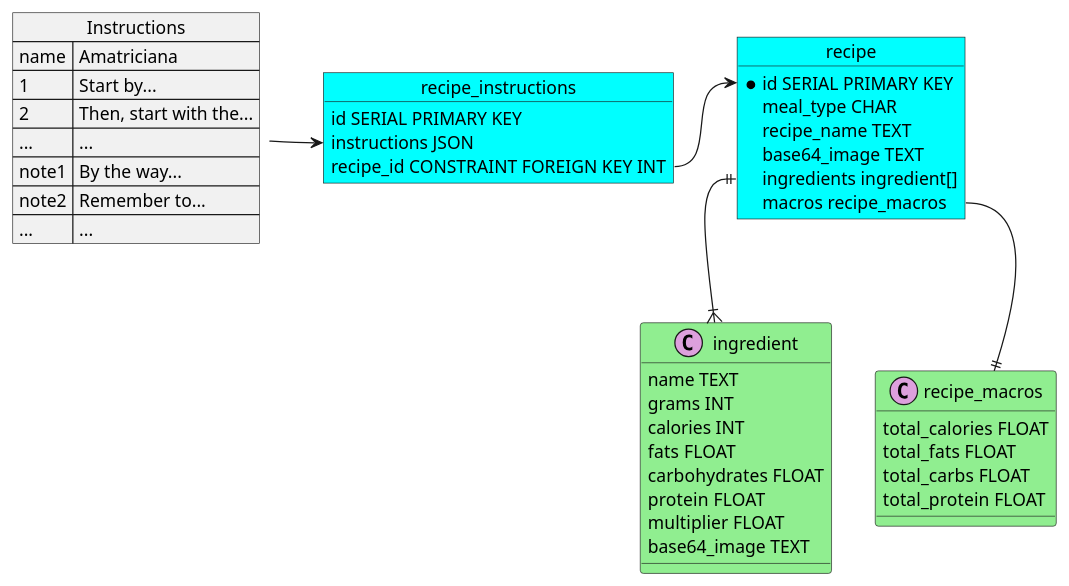
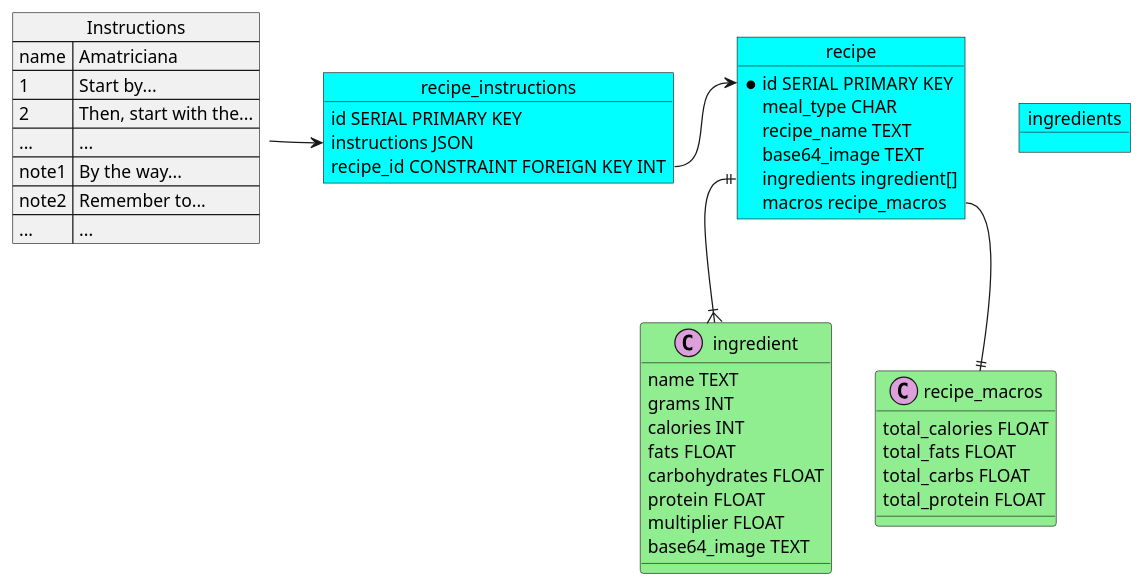
One commit to LegendsAndreas/kitchen-app changed the first of 4 diagrams in DatabaseDiagram.puml. Above: the diagram before and after it, drawn with PlantUML. The commit also changed 24 other files, not shown here.

```diff
--- a/DatabaseDiagram.puml
+++ b/DatabaseDiagram.puml
@@ -1,64 +1,68 @@
 @startuml
 'DB Diagram
 skinparam class{
     BackgroundColor LightGreen
 }
 
 skinparam object{
     BackgroundColor Cyan
 }
 
 skinparam json{
     BackgroundColor Orange
 }
 
 object recipe {
     * id SERIAL PRIMARY KEY
     meal_type CHAR
     recipe_name TEXT
     base64_image TEXT
     ingredients ingredient[]
     macros recipe_macros
 }
 
 class ingredient <<(C,plum)>>{
     name TEXT
     grams INT
     calories INT
     fats FLOAT
     carbohydrates FLOAT
     protein FLOAT
     multiplier FLOAT
     base64_image TEXT
 }
 
 class recipe_macros <<(C,plum)>>{
     total_calories FLOAT
     total_fats FLOAT
     total_carbs FLOAT
     total_protein FLOAT
 }
 
 recipe::ingredient ||--|{ ingredient
 recipe::macros --|| recipe_macros
 
 object recipe_instructions{
     id SERIAL PRIMARY KEY
     instructions JSON
     recipe_id CONSTRAINT FOREIGN KEY INT
 }
 
+object ingredients{
+    
+}
+
 json Instructions{
     "name":"Amatriciana",
     "1":"Start by...",
     "2":"Then, start with the...",
     "...":"...",
     "note1":"By the way...",
     "note2":"Remember to...",
     "...":"..."
 }
 
 recipe_instructions::recipe_id -> recipe::id
 Instructions -> recipe_instructions::instructions
 
 @enduml
```
